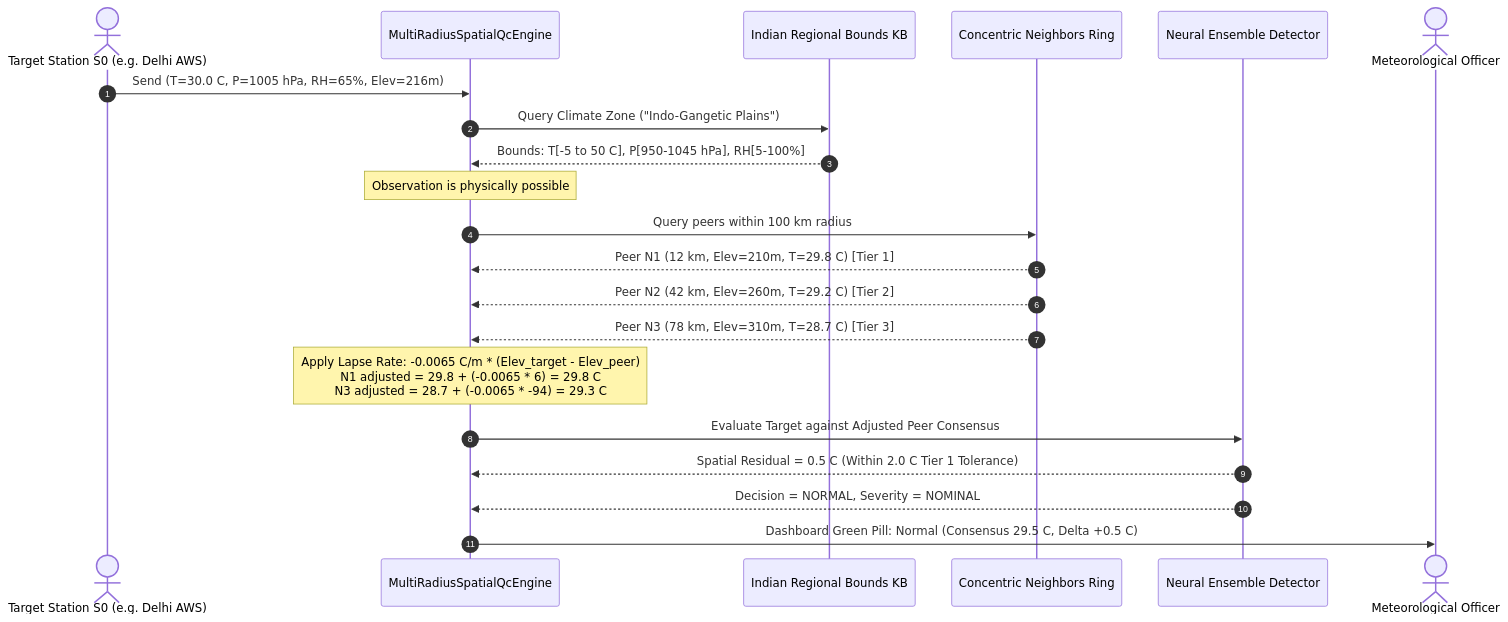
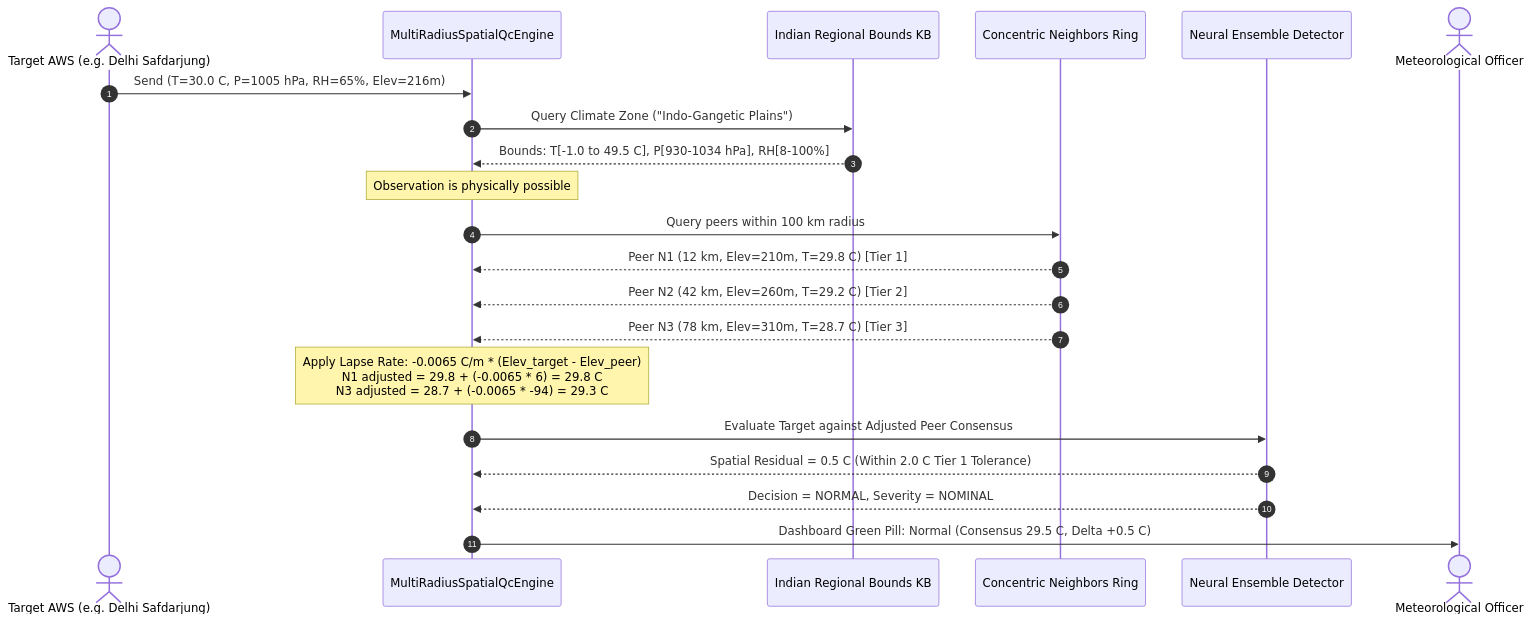
The second of 4 diagrams in SKYGUARD_AI_SIH26073_EXPLANATION.md (CodeWithDeepanshuk/skyguard-ai), drawn with Mermaid before and after one commit. The commit also changed other lines of this file and 122 other files, not shown here.

````diff
--- a/SKYGUARD_AI_SIH26073_EXPLANATION.md
+++ b/SKYGUARD_AI_SIH26073_EXPLANATION.md
@@ -150,27 +145,27 @@
 ```mermaid
 sequenceDiagram
     autonumber
-    actor TargetStation as Target Station S0 (e.g. Delhi AWS)
+    actor TargetStation as Target AWS (e.g. Delhi Safdarjung)
     participant Engine as MultiRadiusSpatialQcEngine
     participant RegionalKB as Indian Regional Bounds KB
     participant Neighbors as Concentric Neighbors Ring
     participant AI as Neural Ensemble Detector
     actor Operator as Meteorological Officer
 
     TargetStation->>Engine: Send (T=30.0 C, P=1005 hPa, RH=65%, Elev=216m)
     Engine->>RegionalKB: Query Climate Zone ("Indo-Gangetic Plains")
-    RegionalKB-->>Engine: Bounds: T[-5 to 50 C], P[950-1045 hPa], RH[5-100%]
+    RegionalKB-->>Engine: Bounds: T[-1.0 to 49.5 C], P[930-1034 hPa], RH[8-100%]
     Note over Engine: Observation is physically possible
 
     Engine->>Neighbors: Query peers within 100 km radius
     Neighbors-->>Engine: Peer N1 (12 km, Elev=210m, T=29.8 C) [Tier 1]
     Neighbors-->>Engine: Peer N2 (42 km, Elev=260m, T=29.2 C) [Tier 2]
     Neighbors-->>Engine: Peer N3 (78 km, Elev=310m, T=28.7 C) [Tier 3]
 
     Note over Engine: Apply Lapse Rate: -0.0065 C/m * (Elev_target - Elev_peer)<br/>N1 adjusted = 29.8 + (-0.0065 * 6) = 29.8 C<br/>N3 adjusted = 28.7 + (-0.0065 * -94) = 29.3 C
     
     Engine->>AI: Evaluate Target against Adjusted Peer Consensus
     AI-->>Engine: Spatial Residual = 0.5 C (Within 2.0 C Tier 1 Tolerance)
     AI-->>Engine: Decision = NORMAL, Severity = NOMINAL
     Engine->>Operator: Dashboard Green Pill: Normal (Consensus 29.5 C, Delta +0.5 C)
 ```
````
